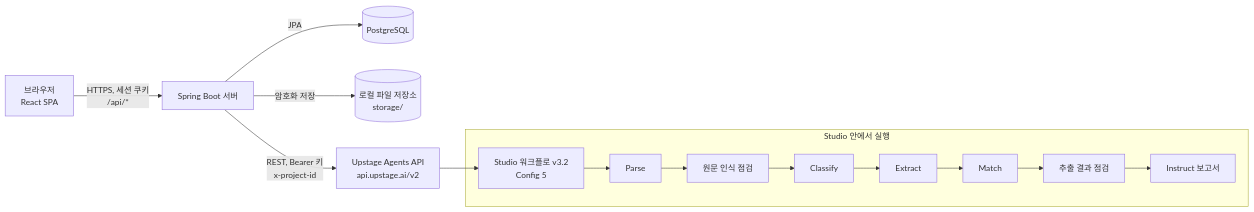
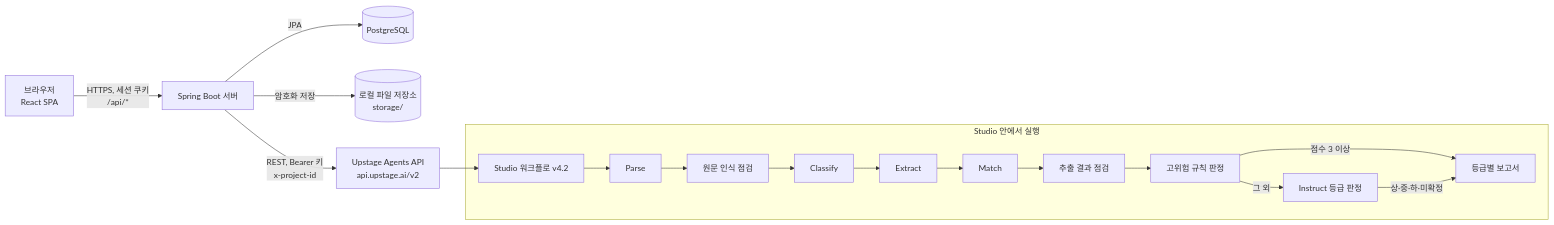
Before and after one commit to jinsu47/imbank-docguard: the diagram in docs/ARCHITECTURE.md, drawn with Mermaid. The commit also changed other lines of this file and 20 other files, not shown here.

First line of the commit message:
feat: 워크플로 v4.2 등급별 보고서 읽기와 판정 경로·남은 정보 표시 (F03, F05, BR09)

````diff
--- a/docs/ARCHITECTURE.md
+++ b/docs/ARCHITECTURE.md
@@ -11,11 +11,13 @@
 ```mermaid
 flowchart LR
     U[브라우저<br/>React SPA] -- "HTTPS, 세션 쿠키<br/>/api/*" --> S[Spring Boot 서버]
     S -- JPA --> DB[(PostgreSQL)]
     S -- "암호화 저장" --> FS[(로컬 파일 저장소<br/>storage/)]
     S -- "REST, Bearer 키<br/>x-project-id" --> UP[Upstage Agents API<br/>api.upstage.ai/v2]
-    UP --> WF[Studio 워크플로 v3.2<br/>Config 5]
+    UP --> WF[Studio 워크플로 v4.2]
     subgraph Studio 안에서 실행
-      WF --> P[Parse] --> V1[원문 인식 점검] --> C[Classify] --> E[Extract] --> M[Match] --> V2[추출 결과 점검] --> I[Instruct 보고서]
+      WF --> P[Parse] --> V1[원문 인식 점검] --> C[Classify] --> E[Extract] --> M[Match] --> V2[추출 결과 점검] --> V3[고위험 규칙 판정]
+      V3 -- 점수 3 이상 --> I[등급별 보고서]
+      V3 -- 그 외 --> D[Instruct 등급 판정] -- 상·중·하·미확정 --> I
     end
 ```
````
